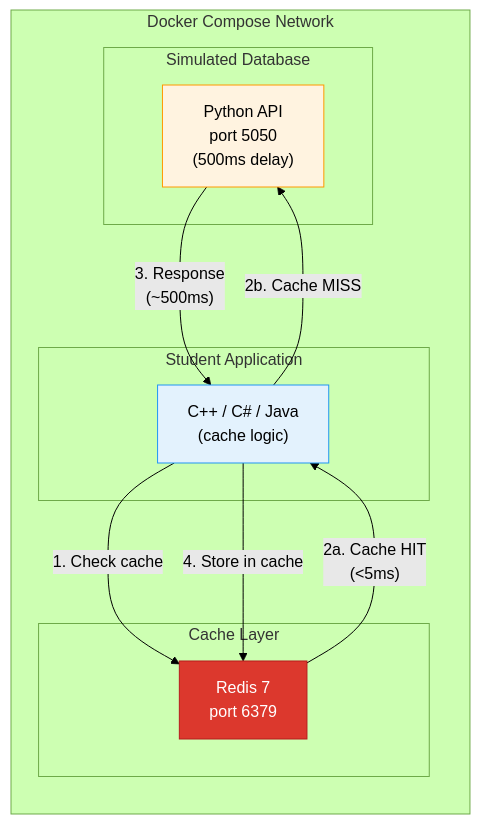
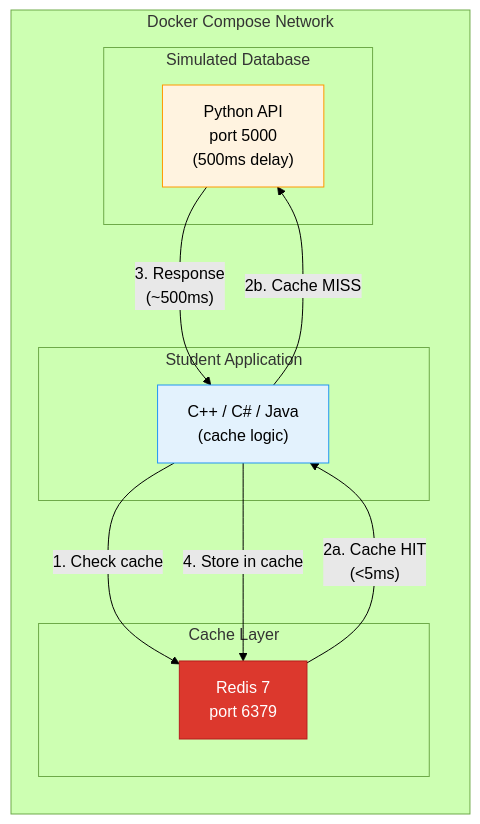
The first of 5 diagrams in 11-caching/README.md (gamaware/system-design-course), drawn with Mermaid (forest theme) before and after one commit. The commit also changed 2 other files, not shown here.

Commit message:
fix: address code review — diagram port, Java write-through, PR template

````diff
--- a/11-caching/README.md
+++ b/11-caching/README.md
@@ -66,24 +66,24 @@
 ```mermaid
 graph LR
     subgraph Docker["Docker Compose Network"]
         subgraph Student["Student Application"]
             APP["C++ / C# / Java<br/>(cache logic)"]
         end
         subgraph Cache["Cache Layer"]
             REDIS["Redis 7<br/>port 6379"]
         end
         subgraph Origin["Simulated Database"]
-            BACKEND["Python API<br/>port 5050<br/>(500ms delay)"]
+            BACKEND["Python API<br/>port 5000<br/>(500ms delay)"]
         end
     end
 
     APP -->|"1. Check cache"| REDIS
     REDIS -->|"2a. Cache HIT<br/>(&lt;5ms)"| APP
     APP -->|"2b. Cache MISS"| BACKEND
     BACKEND -->|"3. Response<br/>(~500ms)"| APP
     APP -->|"4. Store in cache"| REDIS
 
     style REDIS fill:#DC382D,stroke:#B71C1C,color:#fff
     style BACKEND fill:#FFF3E0,stroke:#FF9800
     style APP fill:#E3F2FD,stroke:#2196F3
 ```
````
